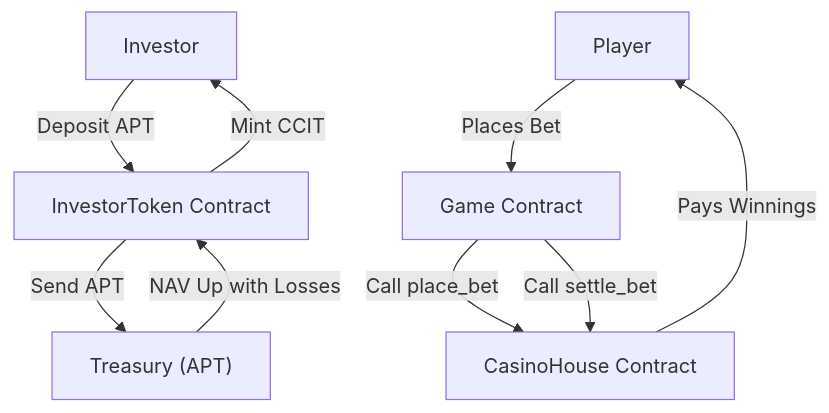
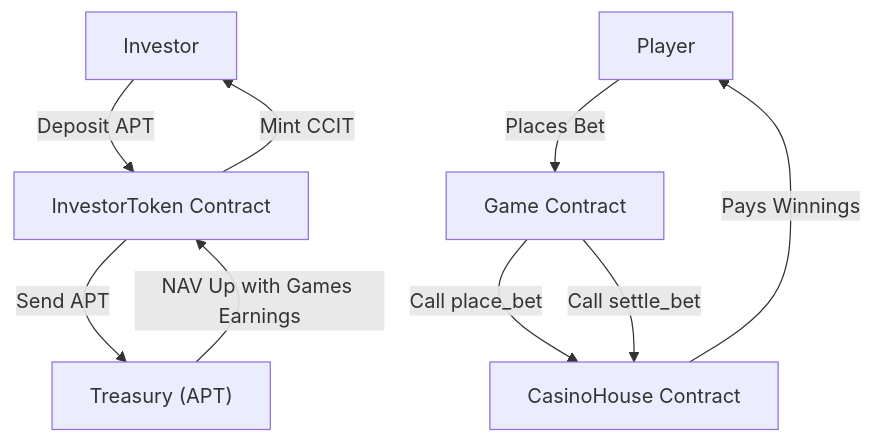
The diagram in README.md (PersonaNormale/ChainCasino), drawn with Mermaid before and after one commit.

````diff
--- a/README.md
+++ b/README.md
@@ -20,13 +20,13 @@
 ```mermaid
 flowchart TD
   investor[Investor] -->|Deposit APT| token["InvestorToken Contract"]
   token -->|Mint CCIT| investor
   token -->|Send APT| treasury["Treasury (APT)"]
   
   player[Player] -->|Places Bet| game["Game Contract"]
   game -->|Call place_bet| casinohouse["CasinoHouse Contract"]
   game -->|Call settle_bet| casinohouse
   casinohouse -->|Pays Winnings| player
 
-  treasury -->|NAV Up with Losses| token
+  treasury -->|NAV Up with Games Earnings| token
 ```
````
